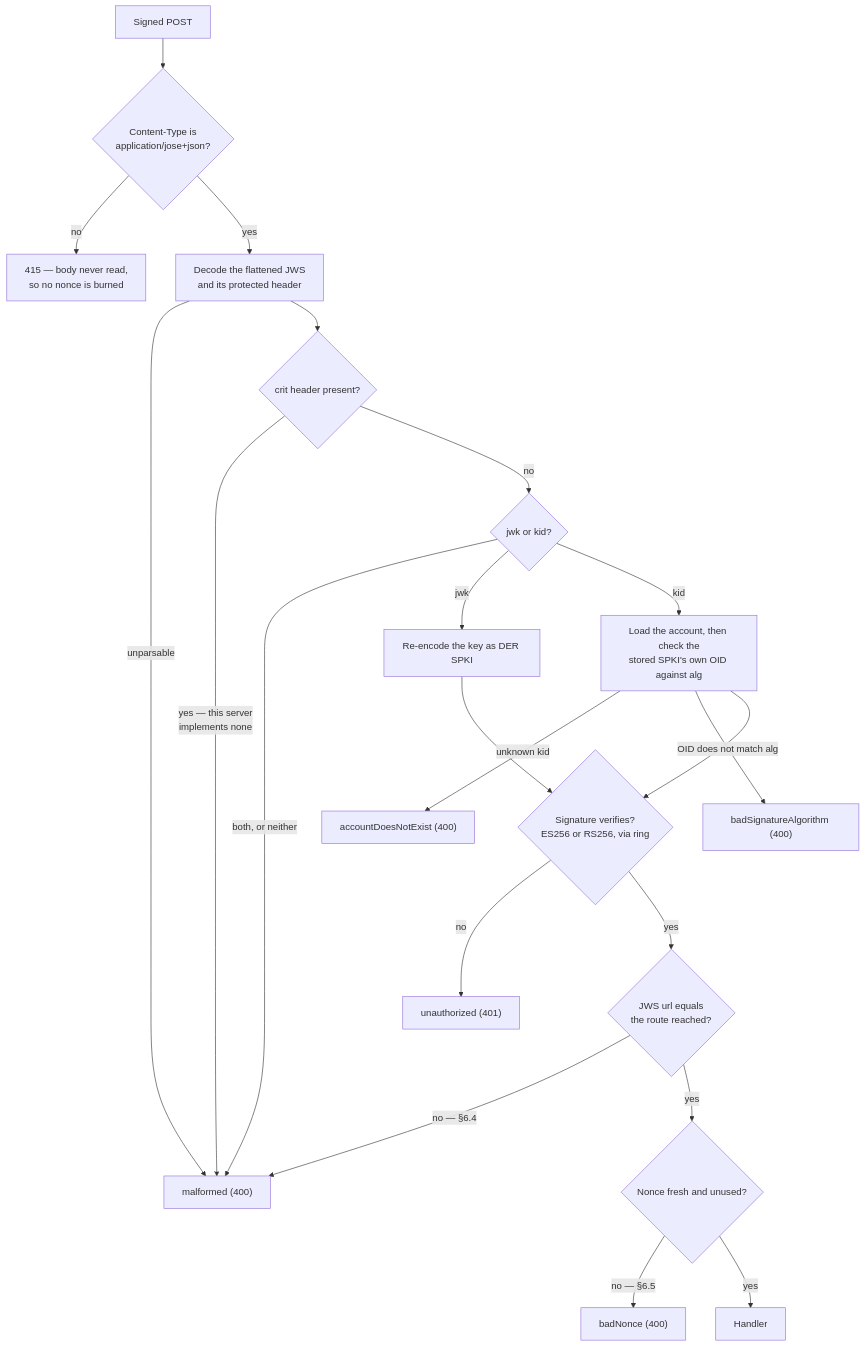
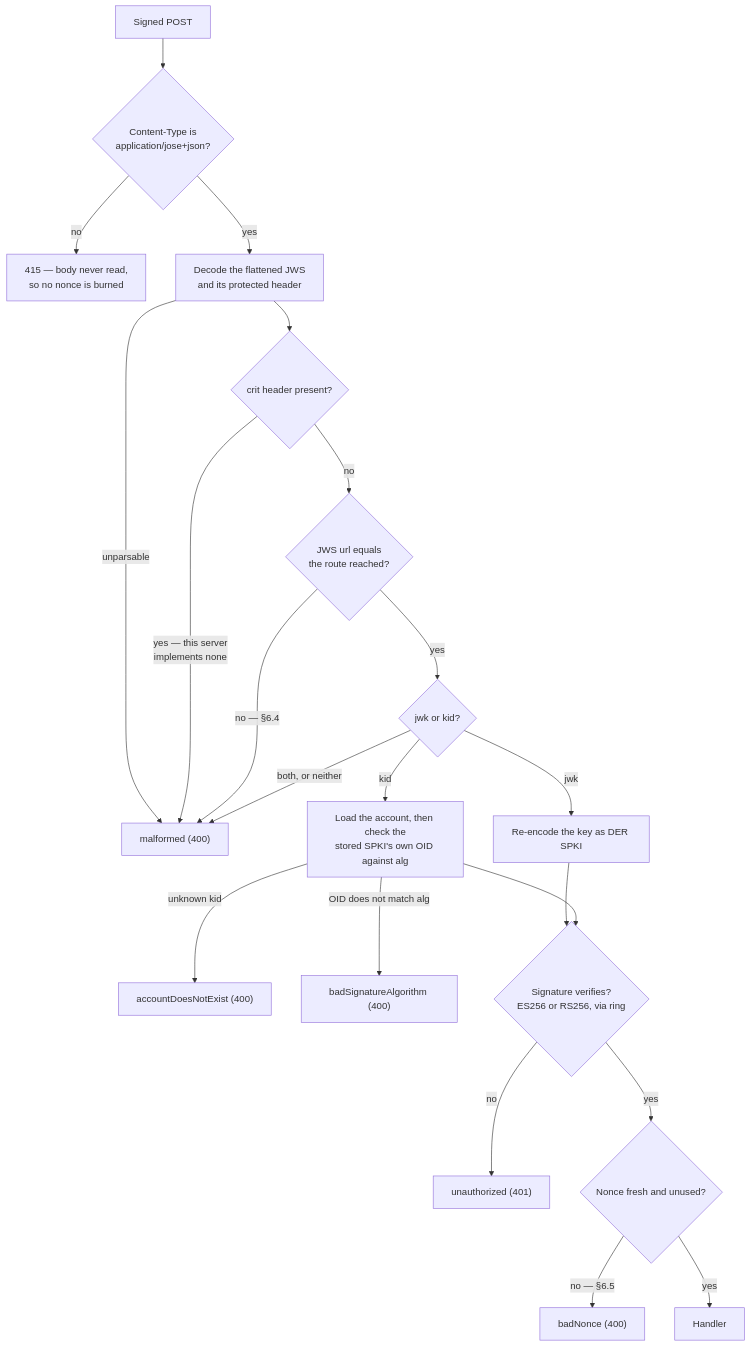
Before and after one commit to acme-proxy/acme-proxy: the first of 3 diagrams in doc/src/dev/architecture.md, drawn with Mermaid. The commit also changed 29 other files, not shown here.

````diff
--- a/doc/src/dev/architecture.md
+++ b/doc/src/dev/architecture.md
@@ -46,23 +46,23 @@
 ```mermaid
 graph TD
     REQ["Signed POST"] --> CT{"Content-Type is<br/>application/jose+json?"}
     CT -->|no| E415["415 — body never read,<br/>so no nonce is burned"]
     CT -->|yes| DEC["Decode the flattened JWS<br/>and its protected header"]
     DEC -->|unparsable| EMAL["malformed (400)"]
     DEC --> CRIT{"crit header present?"}
     CRIT -->|"yes — this server<br/>implements none"| EMAL
-    CRIT -->|no| AUTH{"jwk or kid?"}
+    CRIT -->|no| URL{"JWS url equals<br/>the route reached?"}
+    URL -->|"no — §6.4"| EMAL
+    URL -->|yes| AUTH{"jwk or kid?"}
     AUTH -->|"both, or neither"| EMAL
     AUTH -->|jwk| JWK["Re-encode the key as DER SPKI"]
     AUTH -->|kid| KID["Load the account, then check the<br/>stored SPKI's own OID against alg"]
     KID -->|"unknown kid"| EACC["accountDoesNotExist (400)"]
     KID -->|"OID does not match alg"| EALG["badSignatureAlgorithm (400)"]
     JWK --> SIG{"Signature verifies?<br/>ES256 or RS256, via ring"}
     KID --> SIG
     SIG -->|no| E401["unauthorized (401)"]
-    SIG -->|yes| URL{"JWS url equals<br/>the route reached?"}
-    URL -->|"no — §6.4"| EMAL
-    URL -->|yes| NONCE{"Nonce fresh and unused?"}
+    SIG -->|yes| NONCE{"Nonce fresh and unused?"}
     NONCE -->|"no — §6.5"| EBAD["badNonce (400)"]
     NONCE -->|yes| H["Handler"]
 ```
````
